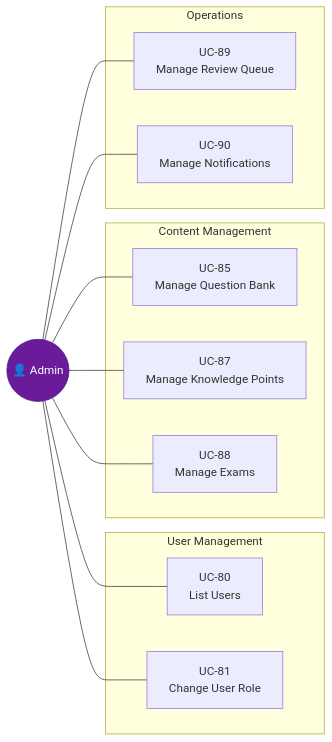
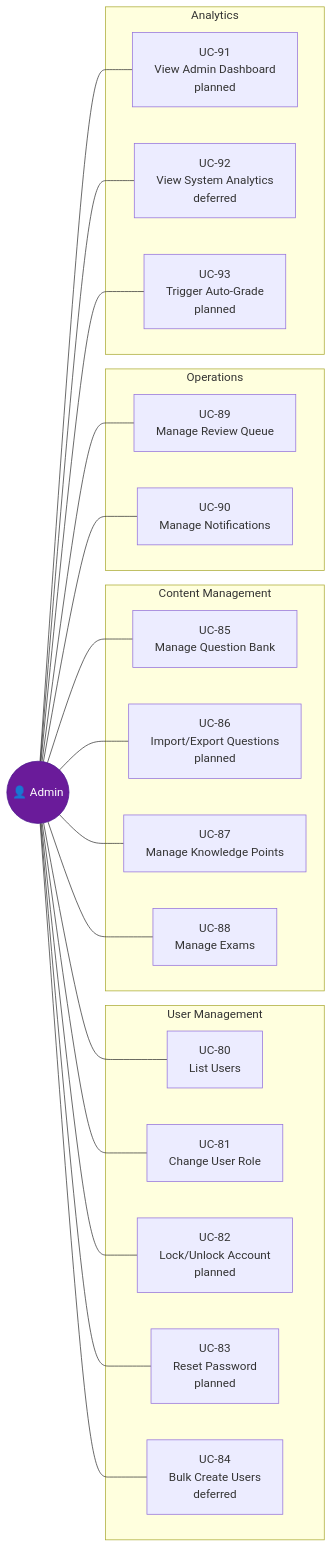
Before and after one commit to nghyane/VSTEP: the fourth of 15 diagrams in docs/capstone/reports/VI/report3-software-requirement-specification.md, drawn with Mermaid. The commit also changed other lines of this file and 1 other file, not shown here.

Commit message:
docs: restore planned admin scope in report 3

````diff
--- a/docs/capstone/reports/VI/report3-software-requirement-specification.md
+++ b/docs/capstone/reports/VI/report3-software-requirement-specification.md
@@ -403,31 +403,48 @@
 ```mermaid
 flowchart LR
     Admin(("👤 Admin"))
 
     subgraph UserMgmt ["User Management"]
         UC80["UC-80<br/>List Users"]
         UC81["UC-81<br/>Change User Role"]
+        UC82["UC-82<br/>Lock/Unlock Account<br/>planned"]
+        UC83["UC-83<br/>Reset Password<br/>planned"]
+        UC84["UC-84<br/>Bulk Create Users<br/>deferred"]
     end
 
     subgraph ContentMgmt ["Content Management"]
         UC85["UC-85<br/>Manage Question Bank"]
+        UC86["UC-86<br/>Import/Export Questions<br/>planned"]
         UC87["UC-87<br/>Manage Knowledge Points"]
         UC88["UC-88<br/>Manage Exams"]
     end
 
     subgraph Operations ["Operations"]
         UC89["UC-89<br/>Manage Review Queue"]
         UC90["UC-90<br/>Manage Notifications"]
     end
 
+    subgraph Analytics ["Analytics"]
+        UC91["UC-91<br/>View Admin Dashboard<br/>planned"]
+        UC92["UC-92<br/>View System Analytics<br/>deferred"]
+        UC93["UC-93<br/>Trigger Auto-Grade<br/>planned"]
+    end
+
     Admin --- UC80
     Admin --- UC81
+    Admin --- UC82
+    Admin --- UC83
+    Admin --- UC84
     Admin --- UC85
+    Admin --- UC86
     Admin --- UC87
     Admin --- UC88
     Admin --- UC89
     Admin --- UC90
+    Admin --- UC91
+    Admin --- UC92
+    Admin --- UC93
 
     classDef actor fill:#6a1b9a,stroke:#4a148c,color:#fff
     class Admin actor
 ```
````
